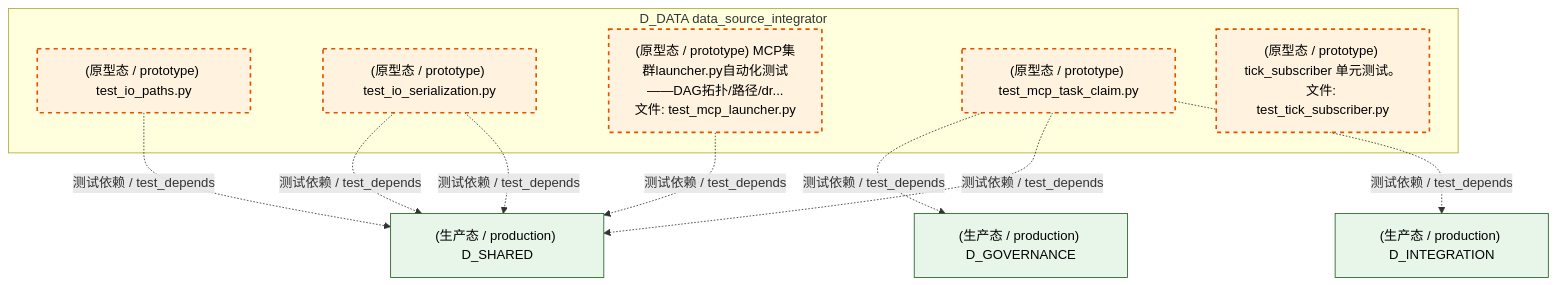
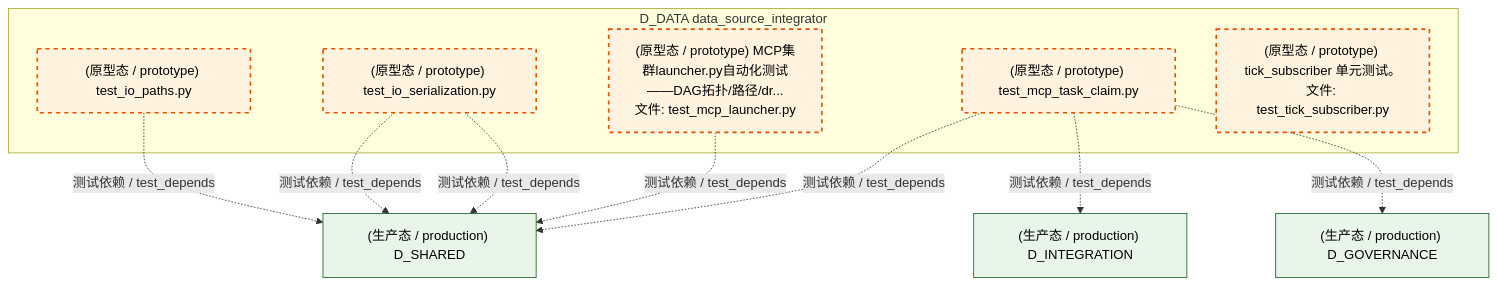
The third of 6 diagrams in docs/02_enterprise_architecture/02_domain_architecture_docs/61_d_data.md (xuanFelixVan/ZephyrAlpha), drawn with Mermaid before and after one commit. The commit also changed other lines of this file and 126 other files, not shown here.

````diff
--- a/docs/02_enterprise_architecture/02_domain_architecture_docs/61_d_data.md
+++ b/docs/02_enterprise_architecture/02_domain_architecture_docs/61_d_data.md
@@ -313,26 +311,26 @@
 ```mermaid
 graph TD
     subgraph D_DATA["D_DATA data_source_integrator"]
         tests_io_test_io_paths_py["(原型态 / prototype) test_io_paths.py"]
         tests_io_test_io_serialization_py["(原型态 / prototype) test_io_serialization.py"]
         tests_io_test_mcp_launcher_py["(原型态 / prototype) MCP集群launcher.py自动化测试——DAG拓扑/路径/dr...<br/>文件: test_mcp_launcher.py"]
         tests_io_test_mcp_task_claim_py["(原型态 / prototype) test_mcp_task_claim.py"]
         tests_zephyr_data_test_tick_subscriber_py["(原型态 / prototype) tick_subscriber 单元测试。<br/>文件: test_tick_subscriber.py"]
     end
     D_SHARED["(生产态 / production) D_SHARED"]
+    tests_io_test_mcp_task_claim_py -.->|测试依赖 / test_depends| D_SHARED
+    tests_io_test_mcp_launcher_py -.->|测试依赖 / test_depends| D_SHARED
+    D_INTEGRATION["(生产态 / production) D_INTEGRATION"]
+    tests_io_test_mcp_task_claim_py -.->|测试依赖 / test_depends| D_INTEGRATION
     tests_io_test_io_serialization_py -.->|测试依赖 / test_depends| D_SHARED
     D_GOVERNANCE["(生产态 / production) D_GOVERNANCE"]
     tests_io_test_mcp_task_claim_py -.->|测试依赖 / test_depends| D_GOVERNANCE
     tests_io_test_io_serialization_py -.->|测试依赖 / test_depends| D_SHARED
-    tests_io_test_mcp_task_claim_py -.->|测试依赖 / test_depends| D_SHARED
-    tests_io_test_mcp_launcher_py -.->|测试依赖 / test_depends| D_SHARED
-    D_INTEGRATION["(生产态 / production) D_INTEGRATION"]
-    tests_io_test_mcp_task_claim_py -.->|测试依赖 / test_depends| D_INTEGRATION
     tests_io_test_io_paths_py -.->|测试依赖 / test_depends| D_SHARED
     classDef production fill:#e1f5fe,stroke:#01579b,stroke-width:2px,color:#000
     classDef design fill:#fff3e0,stroke:#e65100,stroke-width:2px,color:#000,stroke-dasharray: 5 5
     classDef external_prod fill:#e8f5e9,stroke:#1b5e20,stroke-width:1px,color:#000
     classDef external_design fill:#fce4ec,stroke:#880e4f,stroke-width:1px,color:#000,stroke-dasharray: 5 5
     class tests_io_test_io_paths_py,tests_io_test_io_serialization_py,tests_io_test_mcp_launcher_py,tests_io_test_mcp_task_claim_py,tests_zephyr_data_test_tick_subscriber_py design
-    class D_SHARED,D_GOVERNANCE,D_INTEGRATION external_prod
+    class D_SHARED,D_INTEGRATION,D_GOVERNANCE external_prod
 ```
````
